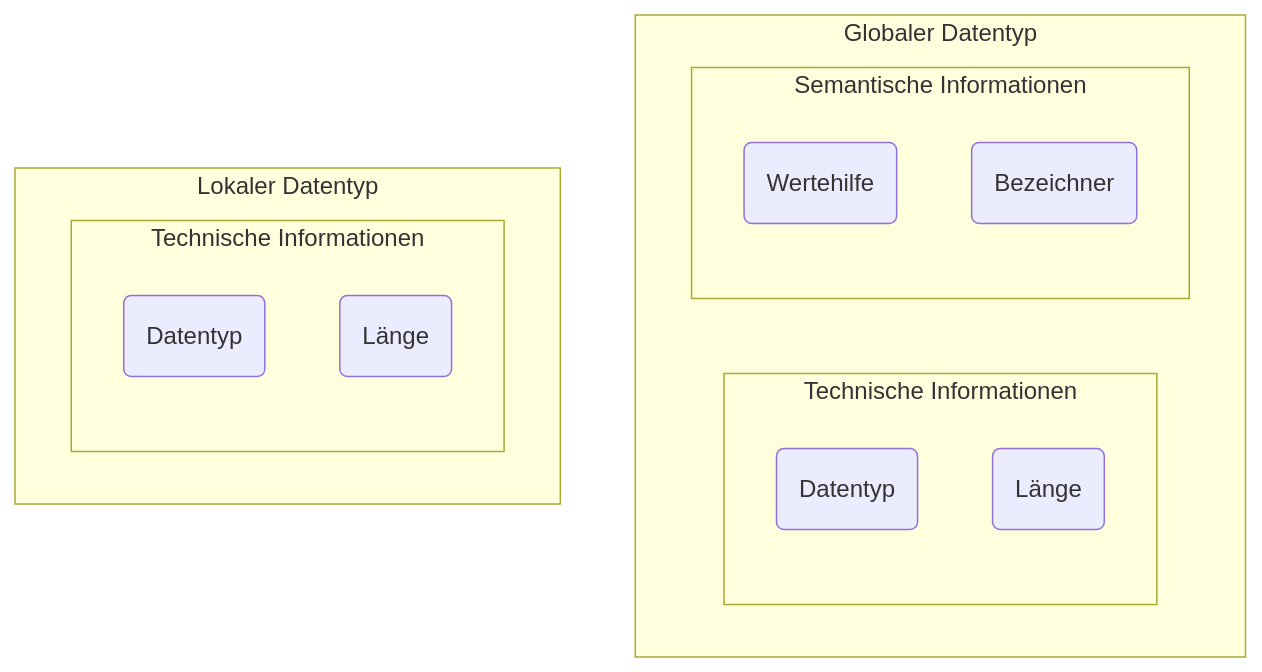
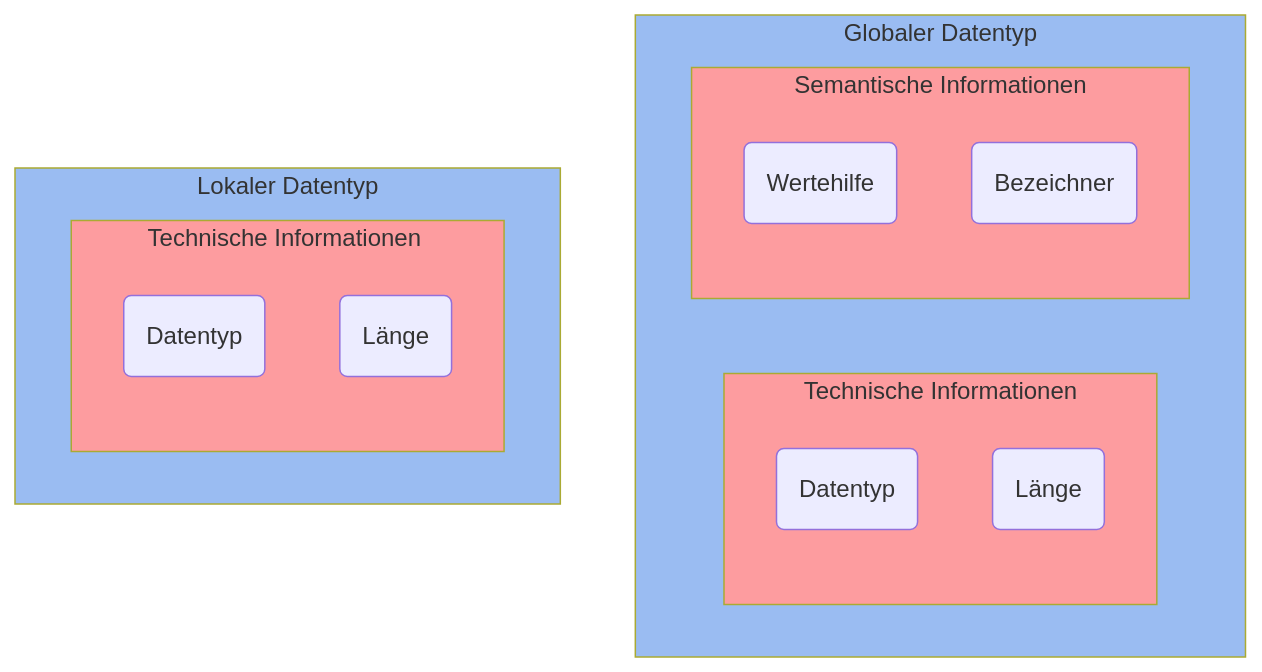
The diagram in docs/documentation/abap/data-types.md (appenmaier/s4hana), drawn with Mermaid before and after one commit. The commit also changed other lines of this file and 15 other files, not shown here.

Commit message:
update cookbook and mermaid

````diff
--- a/docs/documentation/abap/data-types.md
+++ b/docs/documentation/abap/data-types.md
@@ -36,21 +36,27 @@
 ```mermaid
 flowchart
 
-    subgraph Globaler Datentyp
-        subgraph Technische Informationen
+    subgraph Globaler&#160Datentyp
+        subgraph Technische&#160Informationen
             type(Datentyp)
             length(Länge)
         end
-        subgraph Semantische Informationen
+        subgraph Semantische&#160Informationen
             valueHelp(Wertehilfe)
             label(Bezeichner)
         end
     end
 
-    subgraph Lokaler Datentyp
-        subgraph Technische Informationen
+    subgraph Lokaler&#160Datentyp
+        subgraph Technische&#160Informationen&#160
             type2(Datentyp)
             length2(Länge)
         end
     end
+
+    style Globaler&#160Datentyp fill:#9abcf2
+    style Lokaler&#160Datentyp fill:#9abcf2
+    style Semantische&#160Informationen fill:#fd9c9f
+    style Technische&#160Informationen fill:#fd9c9f
+    style Technische&#160Informationen&#160 fill:#fd9c9f
 ```
````
